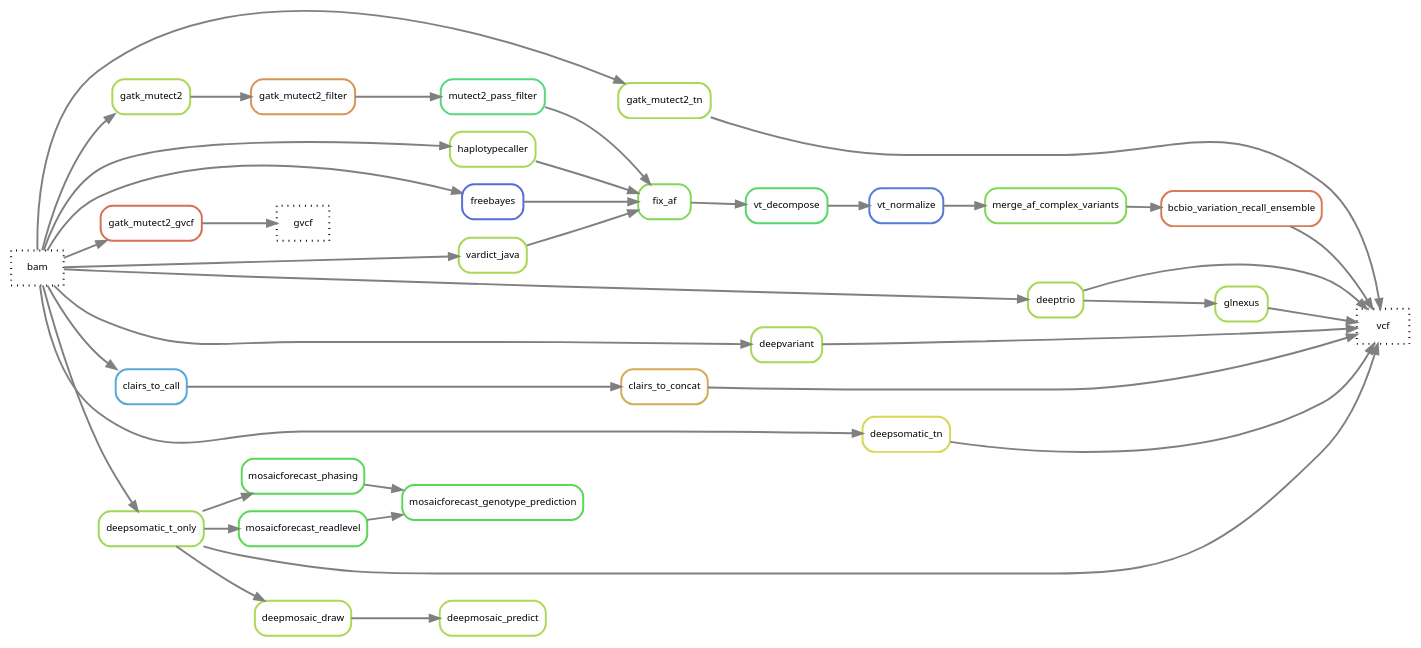
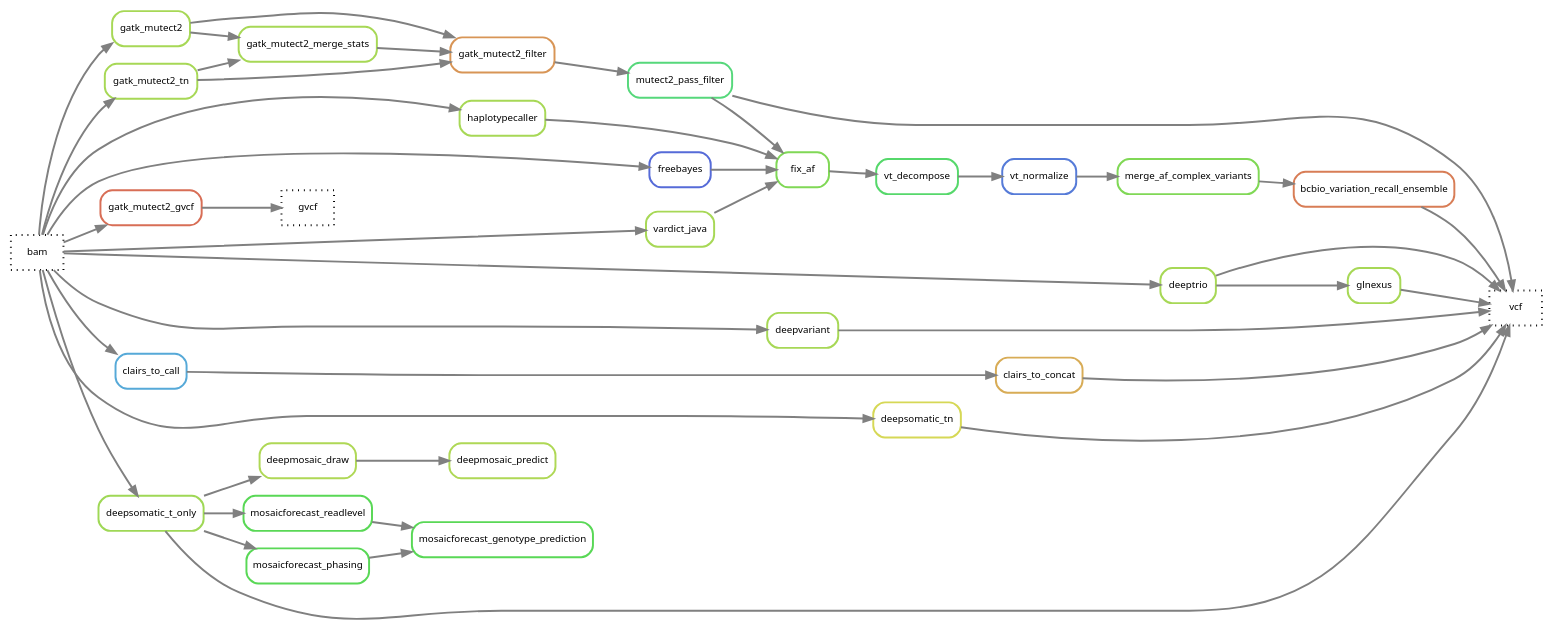
The diagram in docs/images/snv_indels_SR.dot (Bart-Edelbroek/snv_indels), drawn with Graphviz before and after one commit. The commit also changed 11 other files, not shown here.

Commit message:
feat: connect paired calling to filter flow

```diff
--- a/docs/images/snv_indels_SR.dot
+++ b/docs/images/snv_indels_SR.dot
@@ -1,79 +1,84 @@
 digraph snakemake_dag {
 	rankdir="LR"
     graph[bgcolor=white, margin=0];
     node[shape=box, style=rounded, fontname="sans",                 fontsize=10, penwidth=2];
     edge[penwidth=2, color=grey];
 	0[label = "vcf", color = "0.0 0.0 0.0", style="dotted"];
 	1[label = "bcbio_variation_recall_ensemble", color = "0.05 0.6 0.85", style="rounded"];
 	2[label = "merge_af_complex_variants", color = "0.28 0.6 0.85", style="rounded"];
 	3[label = "vt_normalize", color = "0.62 0.6 0.85", style="rounded"];
 	4[label = "vt_decompose", color = "0.36 0.6 0.85", style="rounded"];
 	6[label = "fix_af", color = "0.28 0.6 0.85", style="rounded"];
 	8[label = "vardict_java", color = "0.23 0.6 0.85", style="rounded"];
 	11[label = "mutect2_pass_filter", color = "0.38 0.6 0.85", style="rounded"];
 	12[label = "gatk_mutect2_filter", color = "0.08 0.6 0.85", style="rounded"];
 	13[label = "gatk_mutect2", color = "0.23 0.6 0.85", style="rounded"];
     22[label = "gatk_mutect2_tn", color = "0.23 0.6 0.85", style="rounded"];
+	24[label = "gatk_mutect2_merge_stats", color = "0.23 0.6 0.85", style="rounded"];
 	15[label = "freebayes", color = "0.64 0.6 0.85", style="rounded"];
 	16[label = "gatk_mutect2_gvcf", color = "0.03 0.6 0.85", style="rounded"];
 	17[label = "haplotypecaller", color = "0.23 0.6 0.85", style="rounded"];
 	18[label = "deeptrio", color = "0.23 0.6 0.85", style="rounded"];
 	19[label = "deepvariant", color = "0.23 0.6 0.85", style="rounded"];
 	21[label = "glnexus", color = "0.23 0.6 0.85", style="rounded"];
 	20[label = "bam", color = "0.0 0.0 0.0", style="dotted"];
 	23[label="gvcf", color = "0.0 0.0 0.0", style="dotted"];
 
 	35[label = "clairs_to_concat", color = "0.11 0.6 0.85", style="rounded"];
 	36[label = "clairs_to_call", color = "0.56 0.6 0.85", style="rounded"];
 
 	51[label = "deepsomatic_tn", color = "0.17 0.6 0.85", style="rounded"];
 	52[label = "deepsomatic_t_only", color = "0.24 0.6 0.85", style="rounded"];
 
 	61[label = "deepmosaic_draw", color = "0.22 0.6 0.85", style="rounded"];
 	62[label = "deepmosaic_predict", color = "0.22 0.6 0.85", style="rounded"];
 	65[label = "mosaicforecast_genotype_prediction", color = "0.33 0.6 0.85", style="rounded"];
 	66[label = "mosaicforecast_phasing", color = "0.33 0.6 0.85", style="rounded"];
 	67[label = "mosaicforecast_readlevel", color = "0.33 0.6 0.85", style="rounded"];
 
 	20 -> 8
 	20 -> 13
 	20 -> 15
     20 -> 22
-	22 -> 0
+	22 -> 12
+	22 -> 24
+	13 -> 24
+	24 -> 12
+	11 -> 0
 	20 -> 16
 	20 -> 17
 	20 -> 18
 	20 -> 19
 	1 -> 0
 	2 -> 1
 	4 -> 3
 	3 -> 2
 	11 -> 6
 	12 -> 11
 	13 -> 12
 	6 -> 4
 	18 -> 0
 	19 -> 0
 	21 -> 0
 	8 -> 6
 	15 -> 6
 	17 -> 6
 	16 -> 23
 	18 -> 21
 
 	35 -> 0
 	36 -> 35
 	20 -> 36
 
 	51 -> 0
 	52 -> 0
 	20 -> 51
 
 	61 -> 62
 	20 -> 52
 	52 -> 61
 	52 -> 67
 	52 -> 66
 	67 -> 65
 	66 -> 65
 }
```
